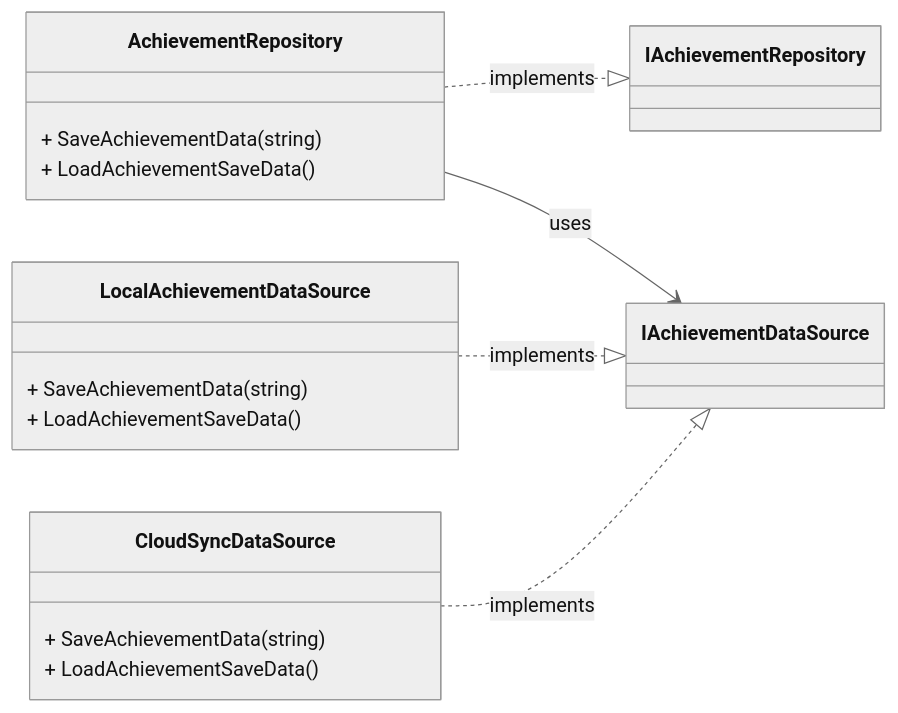
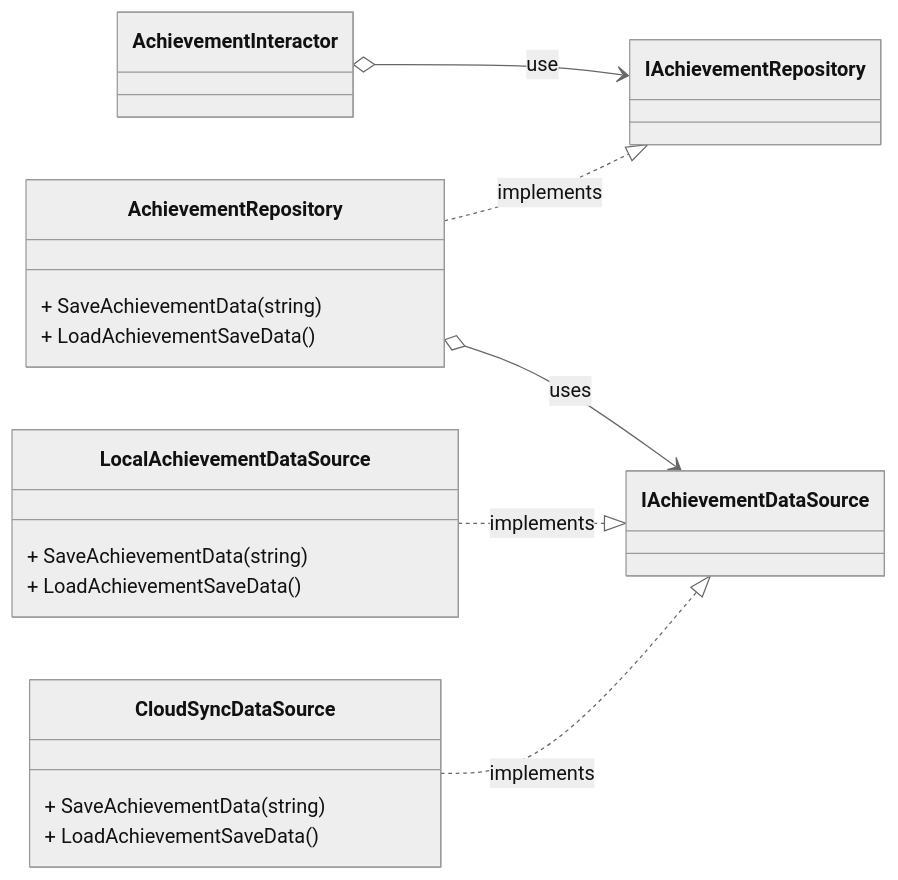
The fourth of 5 diagrams in content/docs/Projects/SlimeRush/AchievementSystem/Overview.md (CosmicGiantKoala/CosmicGiantKoala.github.io), drawn with Mermaid (neutral theme) before and after one commit. The commit also changed other lines of this file and 17 other files, not shown here.

````diff
--- a/content/docs/Projects/SlimeRush/AchievementSystem/Overview.md
+++ b/content/docs/Projects/SlimeRush/AchievementSystem/Overview.md
@@ -169,23 +317,24 @@
 ```mermaid
 classDiagram
     direction LR
     class AchievementRepository {
         + SaveAchievementData(string)
         + LoadAchievementSaveData()
     }
 
     class LocalAchievementDataSource {
         + SaveAchievementData(string)
         + LoadAchievementSaveData()
     }
 
     class CloudSyncDataSource {
         + SaveAchievementData(string)
         + LoadAchievementSaveData()
     }
 
+    AchievementInteractor o--> IAchievementRepository : use
     AchievementRepository ..|> IAchievementRepository: implements
-    AchievementRepository --> IAchievementDataSource: uses
+    AchievementRepository o--> IAchievementDataSource: uses
     LocalAchievementDataSource ..|> IAchievementDataSource: implements
     CloudSyncDataSource ..|> IAchievementDataSource: implements
 ```
````
